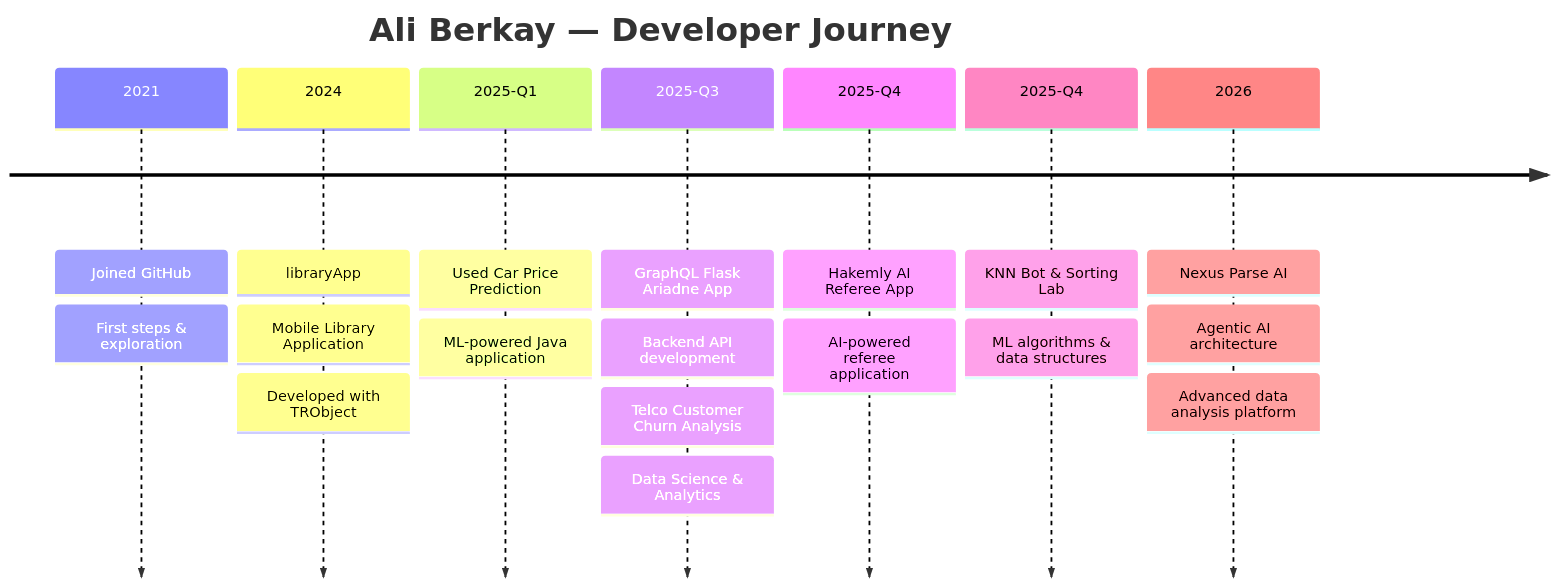
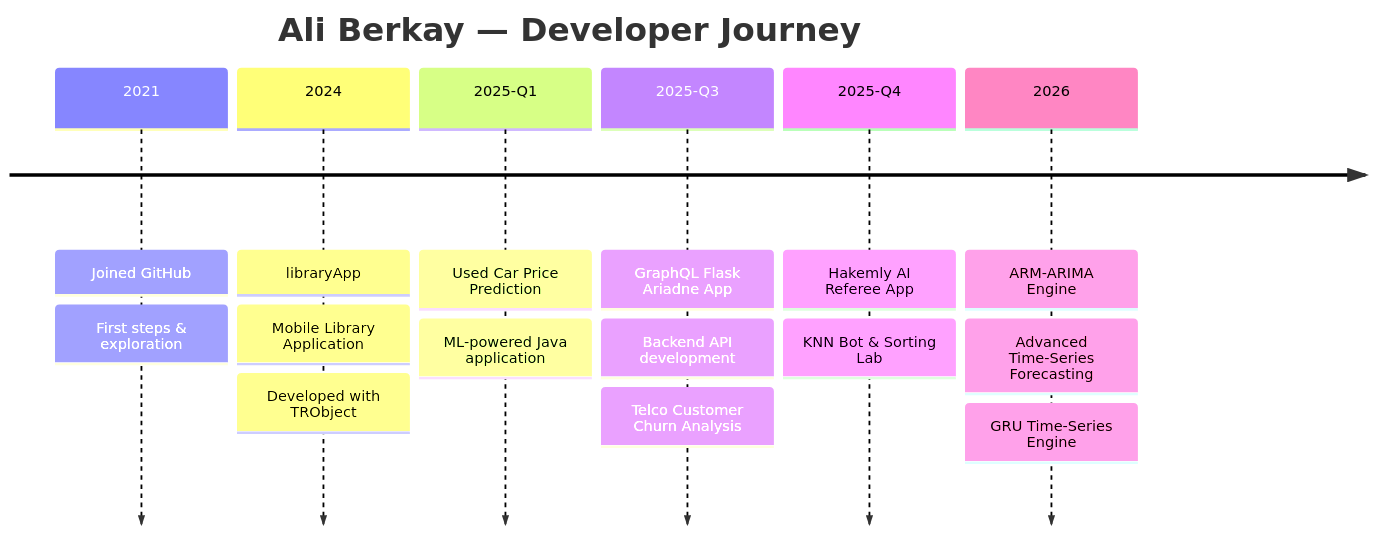
One commit to DemonstrativeAli/DemonstrativeAli changed the diagram in README.md. Above: the diagram before and after it, drawn with Mermaid. The commit also changed other lines of this file, not shown here.

````diff
--- a/README.md
+++ b/README.md
@@ -133,22 +128,19 @@
 ```mermaid
 timeline
     title Ali Berkay — Developer Journey
     2021 : Joined GitHub
          : First steps & exploration
     2024 : libraryApp
          : Mobile Library Application
          : Developed with TRObject
     2025-Q1 : Used Car Price Prediction
             : ML-powered Java application
     2025-Q3 : GraphQL Flask Ariadne App
             : Backend API development
             : Telco Customer Churn Analysis
-            : Data Science & Analytics
     2025-Q4 : Hakemly AI Referee App
-            : AI-powered referee application
-    2025-Q4 : KNN Bot & Sorting Lab
-            : ML algorithms & data structures
-    2026   : Nexus Parse AI
-           : Agentic AI architecture
-           : Advanced data analysis platform
+            : KNN Bot & Sorting Lab
+    2026   : ARM-ARIMA Engine
+           : Advanced Time-Series Forecasting
+           : GRU Time-Series Engine
 ```
````
